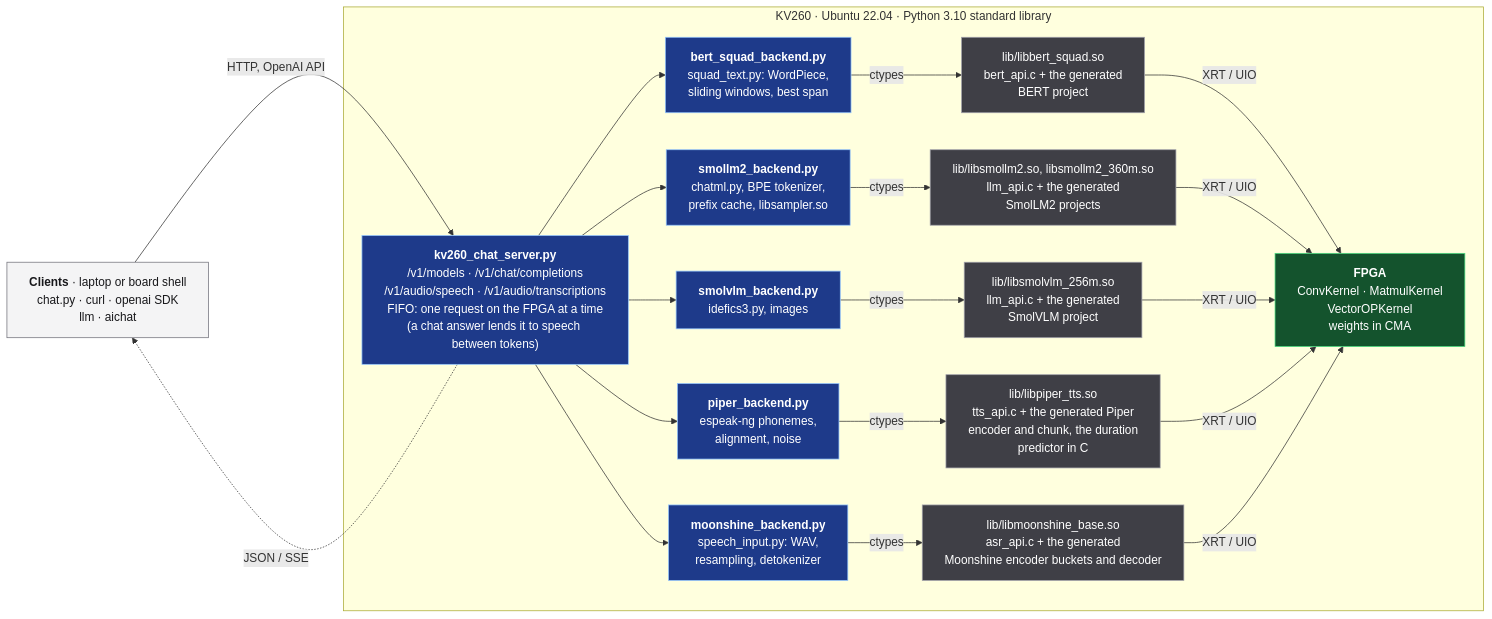
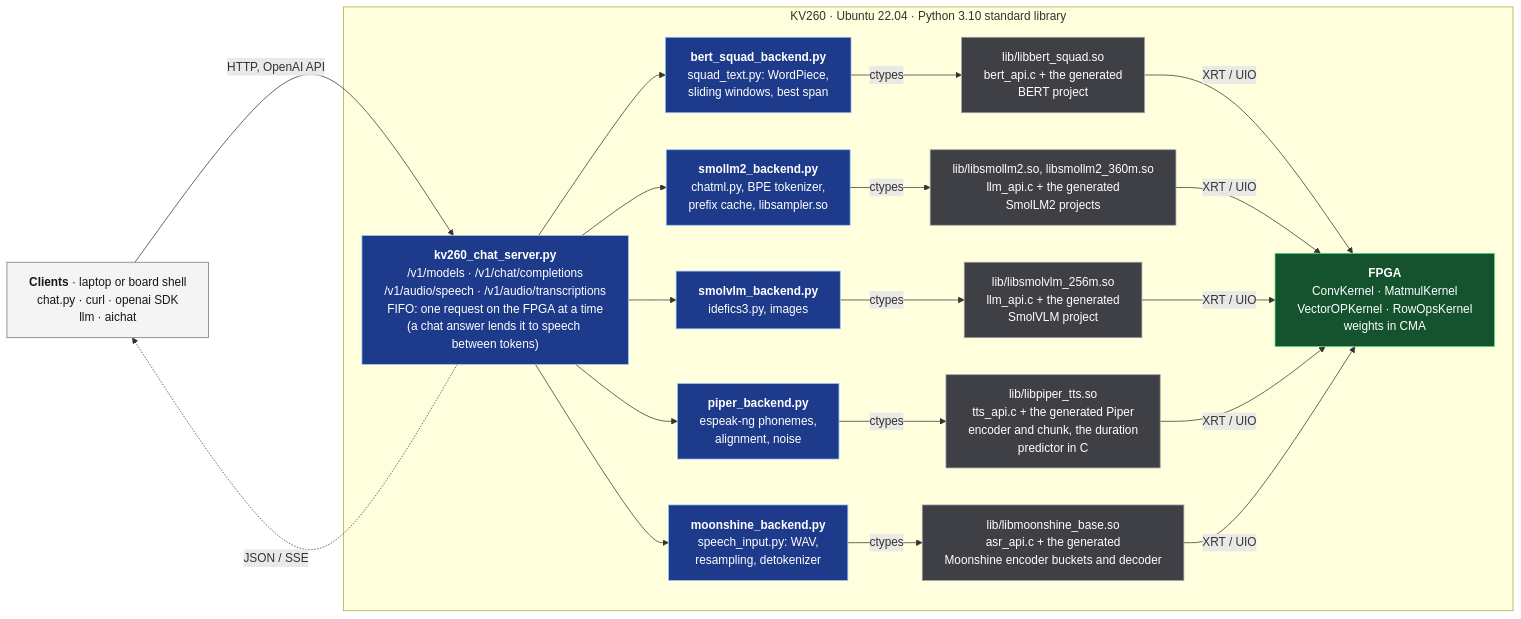
One commit to phoenix367/cormorant changed the diagram in demo/chat/README.md. Above: the diagram before and after it, drawn with Mermaid. The commit also changed other lines of this file and 77 other files, not shown here.

````diff
--- a/demo/chat/README.md
+++ b/demo/chat/README.md
@@ -39,37 +39,37 @@
 ```mermaid
 %%{init: {"flowchart": {"wrappingWidth": 300}}}%%
 flowchart LR
     clients["<b>Clients</b> · laptop or board shell<br/>chat.py · curl · openai SDK<br/>llm · aichat"]
     subgraph board["KV260 · Ubuntu 22.04 · Python 3.10 standard library"]
         server["<b>kv260_chat_server.py</b><br/>/v1/models · /v1/chat/completions<br/>/v1/audio/speech · /v1/audio/transcriptions<br/>FIFO: one request on the FPGA at a time<br/>(a chat answer lends it to speech between tokens)"]
         bert["<b>bert_squad_backend.py</b><br/>squad_text.py: WordPiece,<br/>sliding windows, best span"]
         llm["<b>smollm2_backend.py</b><br/>chatml.py, BPE tokenizer,<br/>prefix cache, libsampler.so"]
         vlm["<b>smolvlm_backend.py</b><br/>idefics3.py, images"]
         tts["<b>piper_backend.py</b><br/>espeak-ng phonemes,<br/>alignment, noise"]
         asr["<b>moonshine_backend.py</b><br/>speech_input.py: WAV,<br/>resampling, detokenizer"]
         libbert["lib/libbert_squad.so<br/>bert_api.c + the generated<br/>BERT project"]
         libllm["lib/libsmollm2.so, libsmollm2_360m.so<br/>llm_api.c + the generated<br/>SmolLM2 projects"]
         libvlm["lib/libsmolvlm_256m.so<br/>llm_api.c + the generated<br/>SmolVLM project"]
         libtts["lib/libpiper_tts.so<br/>tts_api.c + the generated Piper<br/>encoder and chunk, the duration<br/>predictor in C"]
         libasr["lib/libmoonshine_base.so<br/>asr_api.c + the generated<br/>Moonshine encoder buckets and decoder"]
-        fpga["<b>FPGA</b><br/>ConvKernel · MatmulKernel<br/>VectorOPKernel<br/>weights in CMA"]
+        fpga["<b>FPGA</b><br/>ConvKernel · MatmulKernel<br/>VectorOPKernel · RowOpsKernel<br/>weights in CMA"]
     end
     clients -- "HTTP, OpenAI API" --> server
     server -. "JSON / SSE" .-> clients
     server --> bert & llm & vlm & tts & asr
     bert -- ctypes --> libbert
     llm -- ctypes --> libllm
     vlm -- ctypes --> libvlm
     tts -- ctypes --> libtts
     asr -- ctypes --> libasr
     libbert & libllm & libvlm & libtts & libasr -- "XRT / UIO" --> fpga
 
     classDef py fill:#1e3a8a,stroke:#93c5fd,color:#ffffff
     classDef lib fill:#3f3f46,stroke:#a1a1aa,color:#ffffff
     classDef hw fill:#14532d,stroke:#4ade80,color:#ffffff
     classDef ext fill:#f4f4f5,stroke:#71717a,color:#18181b
     class server,bert,llm,vlm,tts,asr py
     class libbert,libllm,libvlm,libtts,libasr lib
     class fpga hw
     class clients ext
 ```
````
